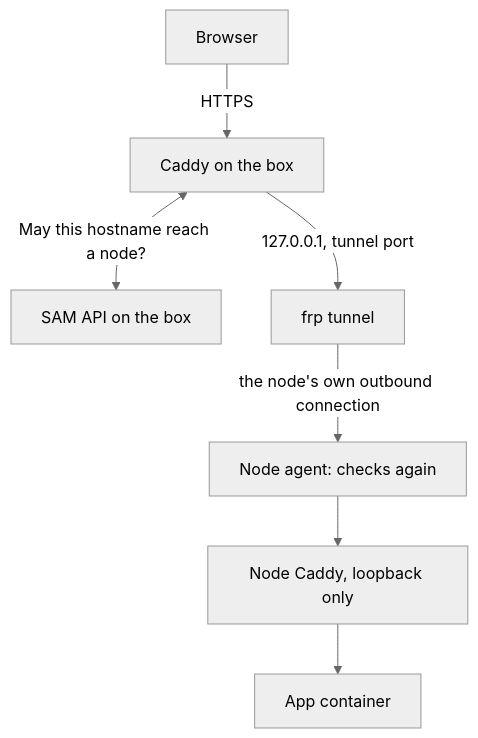
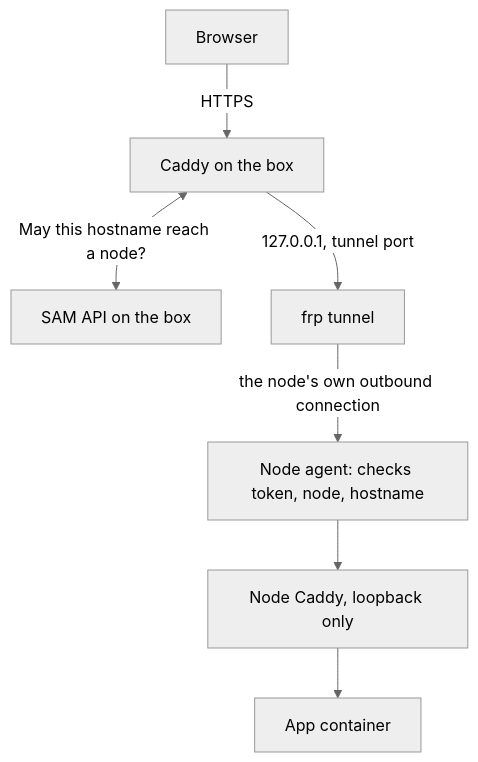
One commit to raphaeltm/simple-agent-manager changed the diagram in apps/www/src/content/blog/sams-journal-serving-apps-with-no-open-ports.md. Above: the diagram before and after it, drawn with Mermaid (neutral theme). The commit also changed other lines of this file, not shown here.

````diff
--- a/apps/www/src/content/blog/sams-journal-serving-apps-with-no-open-ports.md
+++ b/apps/www/src/content/blog/sams-journal-serving-apps-with-no-open-ports.md
@@ -27,9 +27,9 @@
 ```mermaid
 flowchart TD
     B[Browser] -->|HTTPS| C[Caddy on the box]
     C <-->|May this hostname reach a node?| S[SAM API on the box]
     C -->|127.0.0.1, tunnel port| T[frp tunnel]
-    T -->|the node's own outbound connection| A[Node agent: checks again]
+    T -->|the node's own outbound connection| A[Node agent: checks token, node, hostname]
     A --> N[Node Caddy, loopback only]
     N --> App[App container]
 ```
````
